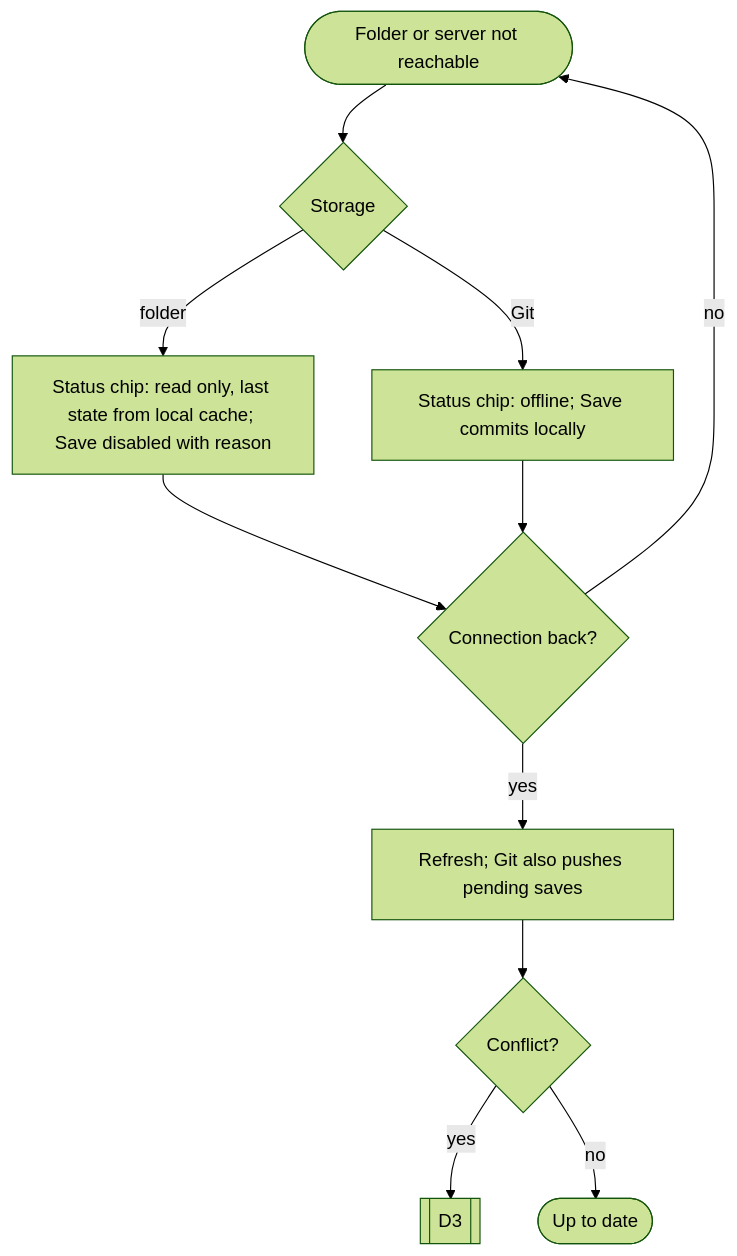
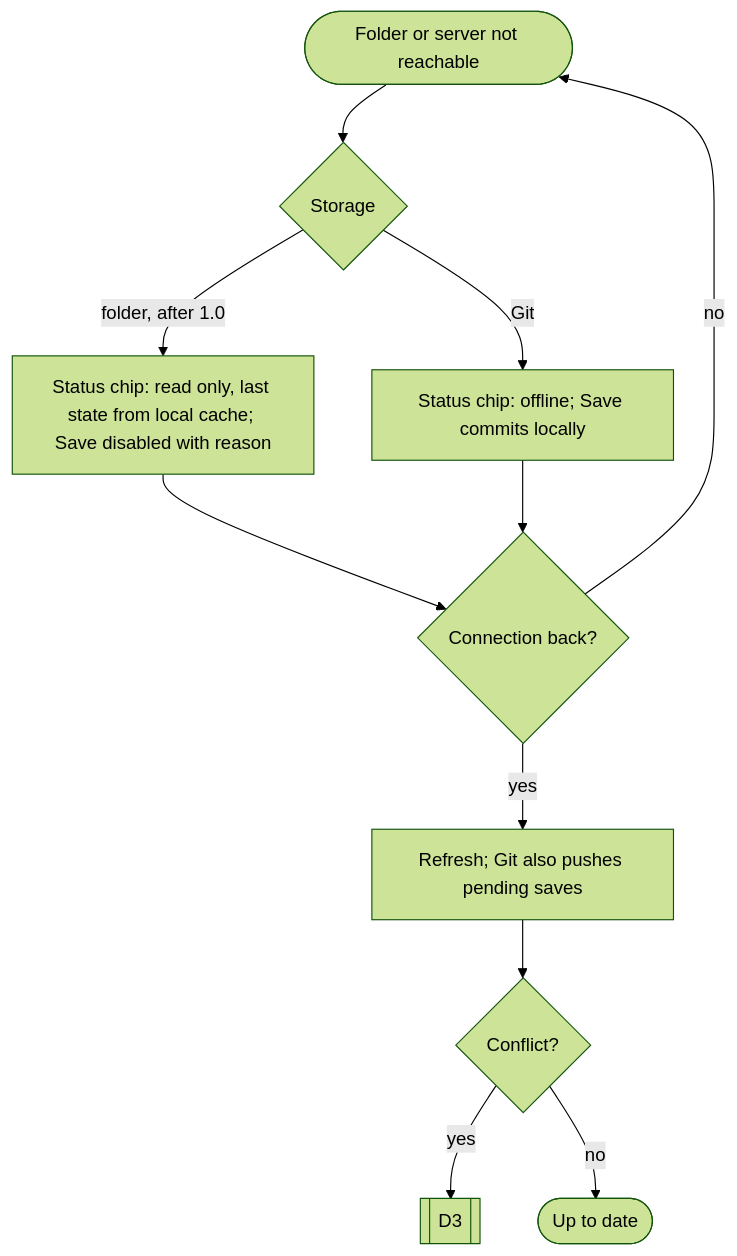
Before and after one commit to swallat/foresprint: diagram 13 of 15 in docs/redesign/flows.md, drawn with Mermaid (forest theme). The commit also changed other lines of this file and 2 other files, not shown here.

First line of the commit message:
Git stays the 1.0 storage; shared folder after 1.0 via the same interface

````diff
--- a/docs/redesign/flows.md
+++ b/docs/redesign/flows.md
@@ -338,12 +338,12 @@
 ```mermaid
 flowchart TD
   O([Folder or server not reachable]) --> ST{Storage}
-  ST -- folder --> RO[Status chip: read only, last state from local cache; Save disabled with reason]
+  ST -- folder, after 1.0 --> RO[Status chip: read only, last state from local cache; Save disabled with reason]
   ST -- Git --> LW[Status chip: offline; Save commits locally]
   RO --> R{Connection back?}
   LW --> R
   R -- no --> O
   R -- yes --> RF[Refresh; Git also pushes pending saves] --> K{Conflict?}
   K -- yes --> D3[[D3]]
   K -- no --> D([Up to date])
 ```
````
